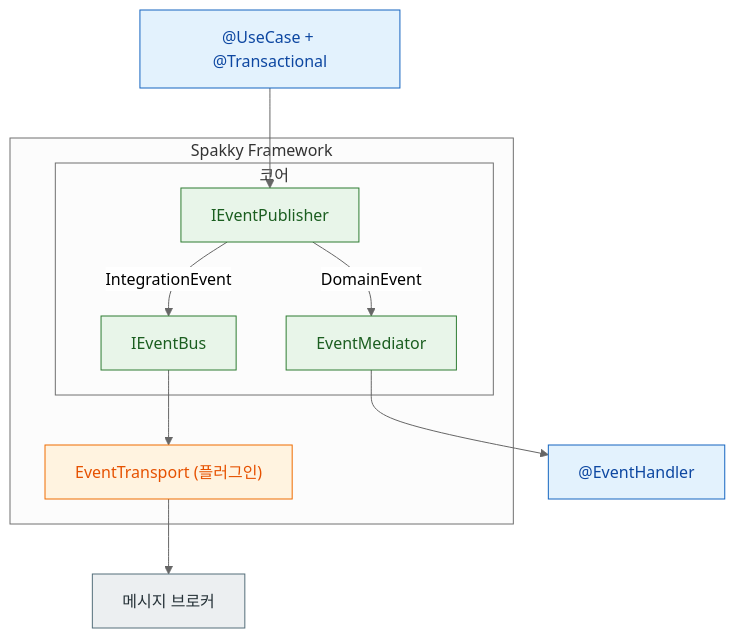
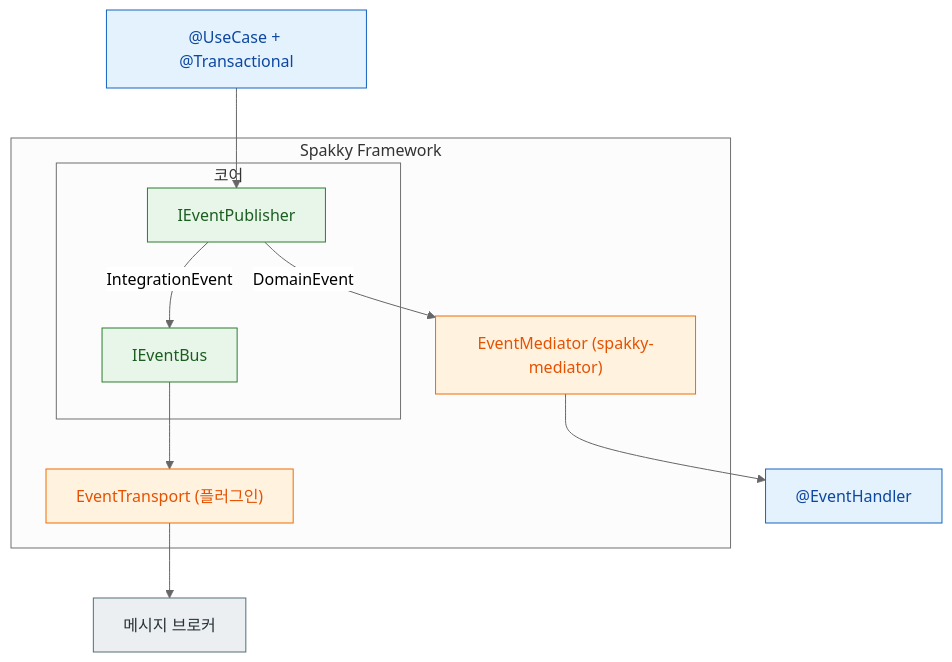
Before and after one commit to E5presso/spakky-framework: the diagram in docs/guides/events.md, drawn with Mermaid (neutral theme). The commit also changed other lines of this file and 73 other files, not shown here.

First line of the commit message:
feat(event)!: split local mediator into an explicit plugin

````diff
--- a/docs/guides/events.md
+++ b/docs/guides/events.md
@@ -24,28 +24,28 @@
 ```mermaid
 graph TD
   UseCase["@UseCase + @Transactional"]:::app
   Handler["@EventHandler"]:::app
 
   subgraph Framework[Spakky Framework]
     subgraph Core[코어]
       Publisher["IEventPublisher"]:::core
-      Mediator["EventMediator"]:::core
       Bus["IEventBus"]:::core
     end
+    Mediator["EventMediator (spakky-mediator)"]:::plugin
     Transport["EventTransport (플러그인)"]:::plugin
   end
 
   Broker[메시지 브로커]:::external
 
   UseCase --> Publisher
   Publisher -->|"DomainEvent"| Mediator
   Mediator --> Handler
   Publisher -->|"IntegrationEvent"| Bus
   Bus --> Transport
   Transport --> Broker
 
   classDef app fill:#E3F2FD,stroke:#1565C0,color:#0D47A1
   classDef core fill:#E8F5E9,stroke:#2E7D32,color:#1B5E20
   classDef plugin fill:#FFF3E0,stroke:#EF6C00,color:#E65100
   classDef external fill:#ECEFF1,stroke:#546E7A,color:#263238
 ```
````
